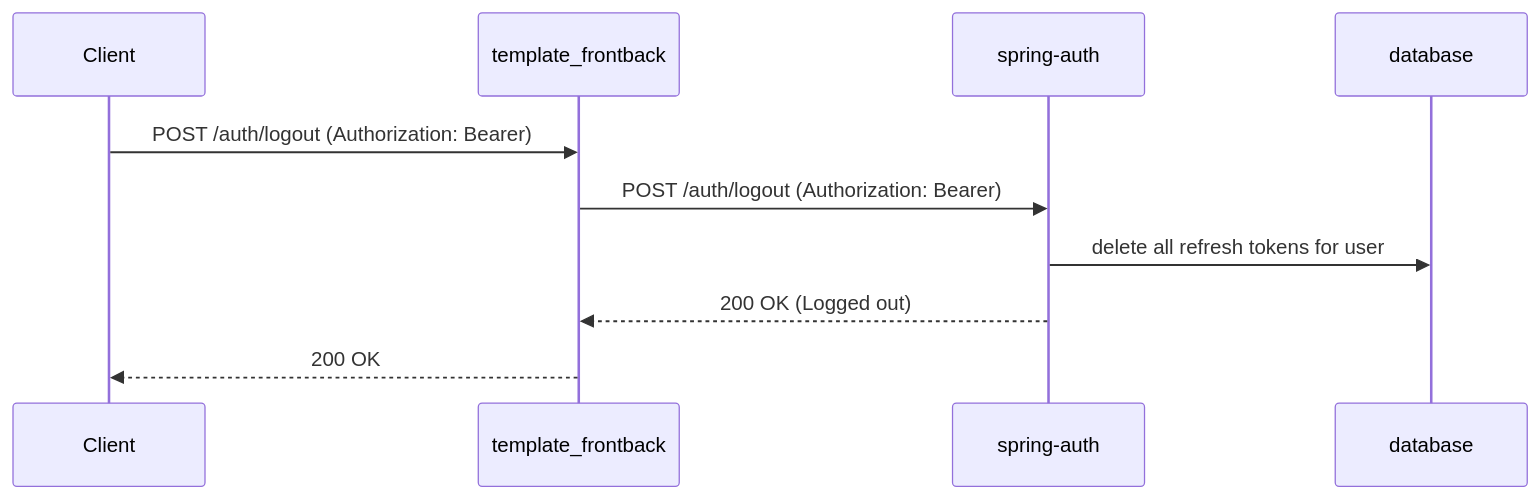
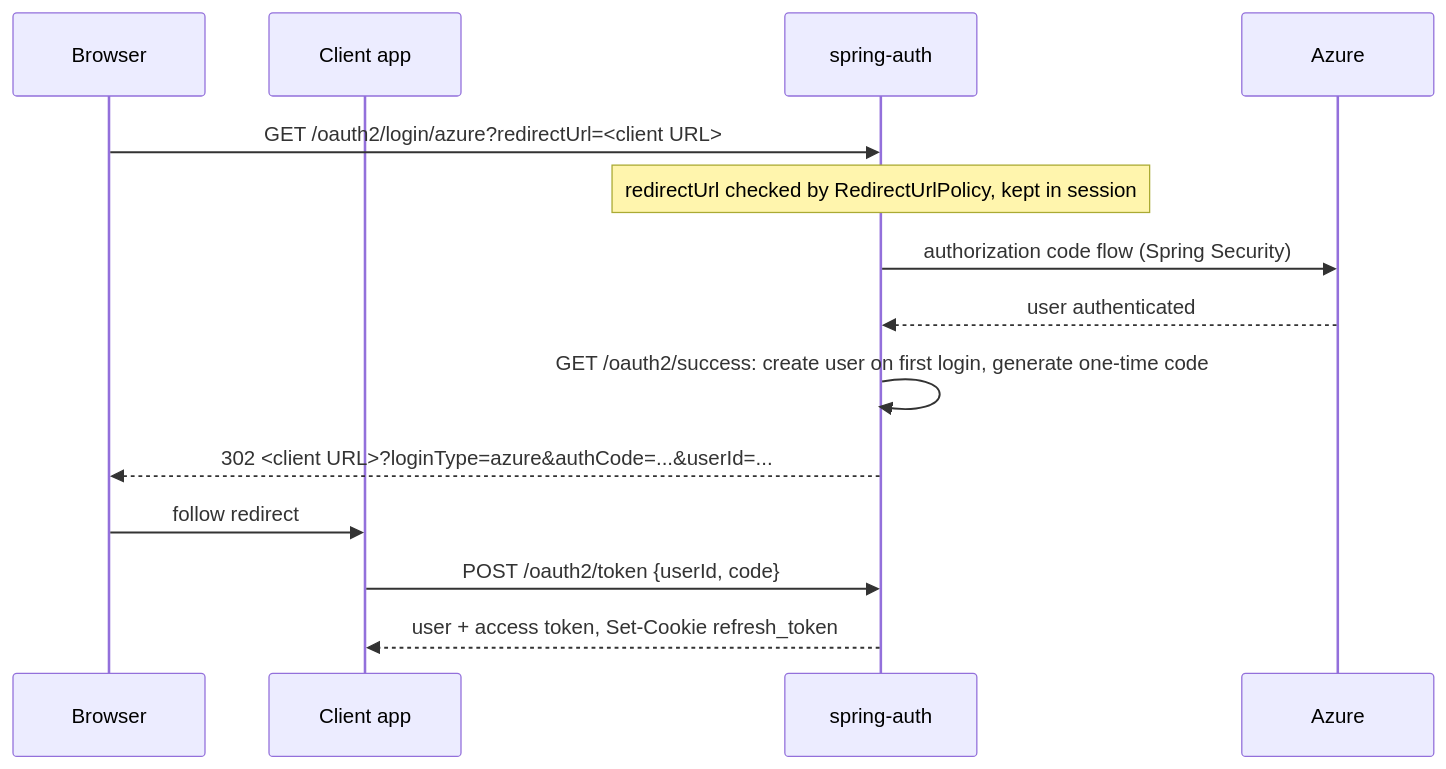
One commit to OrifInformatique/spring-auth changed the fourth of 4 diagrams in docs/process-documentation.md. Above: the diagram before and after it, drawn with Mermaid. The commit also changed other lines of this file and 5 other files, not shown here.

````diff
--- a/docs/process-documentation.md
+++ b/docs/process-documentation.md
@@ -280,13 +318,17 @@
 ```mermaid
 sequenceDiagram
-    participant Client
-    participant template_frontback
+    participant Browser
+    participant Client app
     participant spring-auth
-    participant database
+    participant Azure
 
-    Client->>template_frontback: POST /auth/logout (Authorization: Bearer)
-    template_frontback->>spring-auth: POST /auth/logout (Authorization: Bearer)
-    spring-auth->>database: delete all refresh tokens for user
-    spring-auth-->>template_frontback: 200 OK (Logged out)
-    template_frontback-->>Client: 200 OK
+    Browser->>spring-auth: GET /oauth2/login/azure?redirectUrl=<client URL>
+    Note over spring-auth: redirectUrl checked by RedirectUrlPolicy, kept in session
+    spring-auth->>Azure: authorization code flow (Spring Security)
+    Azure-->>spring-auth: user authenticated
+    spring-auth->>spring-auth: GET /oauth2/success: create user on first login, generate one-time code
+    spring-auth-->>Browser: 302 <client URL>?loginType=azure&authCode=...&userId=...
+    Browser->>Client app: follow redirect
+    Client app->>spring-auth: POST /oauth2/token {userId, code}
+    spring-auth-->>Client app: user + access token, Set-Cookie refresh_token
 ```
````
